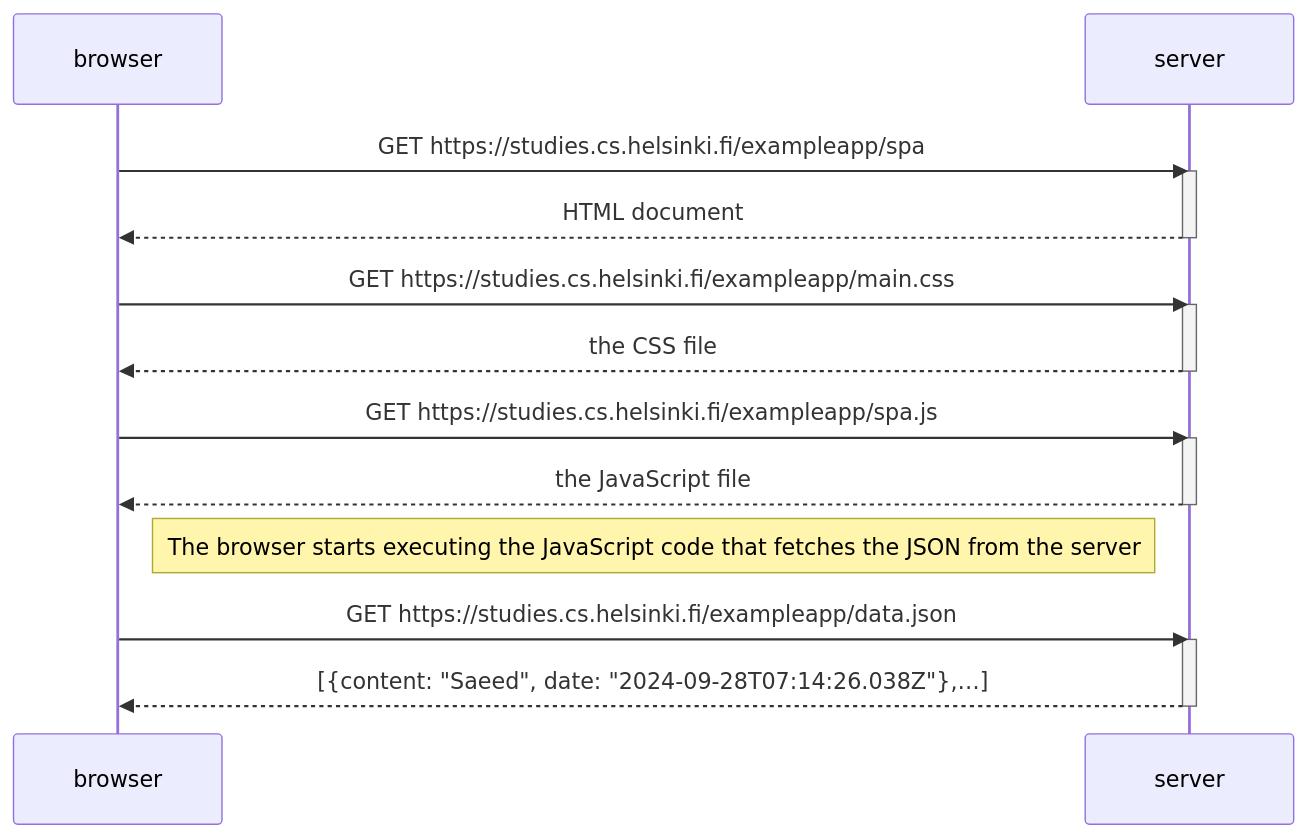
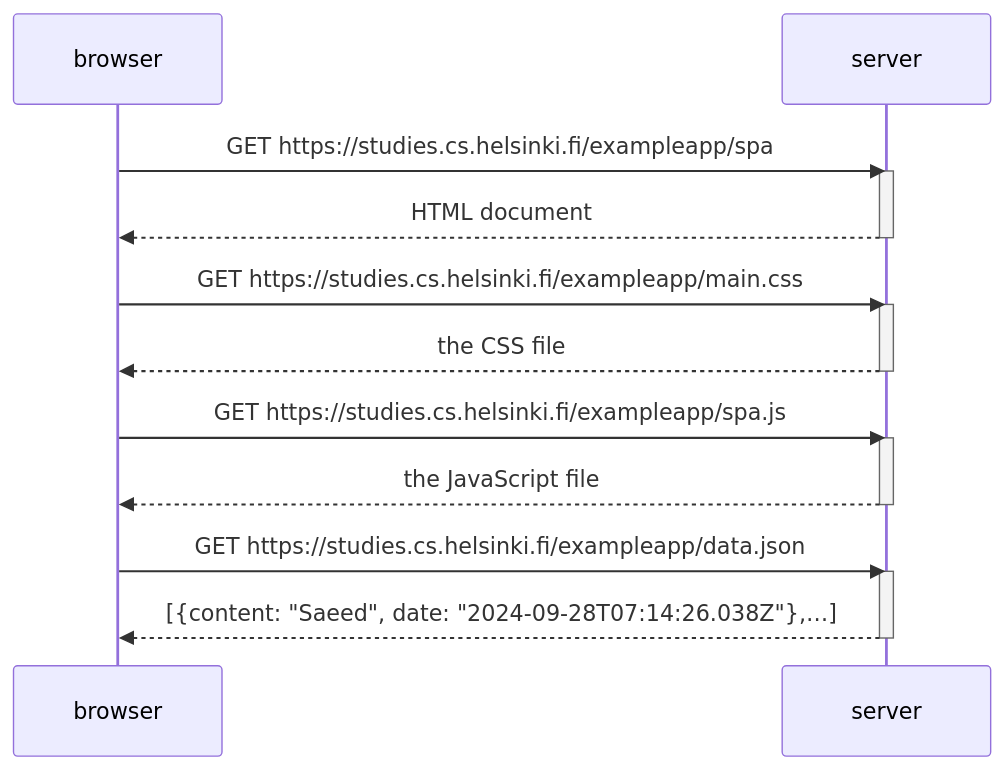
Before and after one commit to xhoiKabashi/Fullstack: the first of 2 diagrams in part0/README.md, drawn with Mermaid. The commit also changed other lines of this file, not shown here.

Commit message:
add sequenceDiagram

````diff
--- a/part0/README.md
+++ b/part0/README.md
@@ -1,27 +1,25 @@
 ```mermaid
 sequenceDiagram
     participant browser
     participant server
 
     browser->>server: GET https://studies.cs.helsinki.fi/exampleapp/spa
     activate server
     server-->>browser: HTML document
     deactivate server
 
     browser->>server: GET https://studies.cs.helsinki.fi/exampleapp/main.css
     activate server
     server-->>browser: the CSS file
     deactivate server
 
     browser->>server: GET https://studies.cs.helsinki.fi/exampleapp/spa.js
     activate server
     server-->>browser: the JavaScript file
     deactivate server
 
-    Note right of browser: The browser starts executing the JavaScript code that fetches the JSON from the server
-
     browser->>server: GET https://studies.cs.helsinki.fi/exampleapp/data.json
     activate server
     server-->>browser: [{content: "Saeed", date: "2024-09-28T07:14:26.038Z"},…]
     deactivate server
 ```
````
